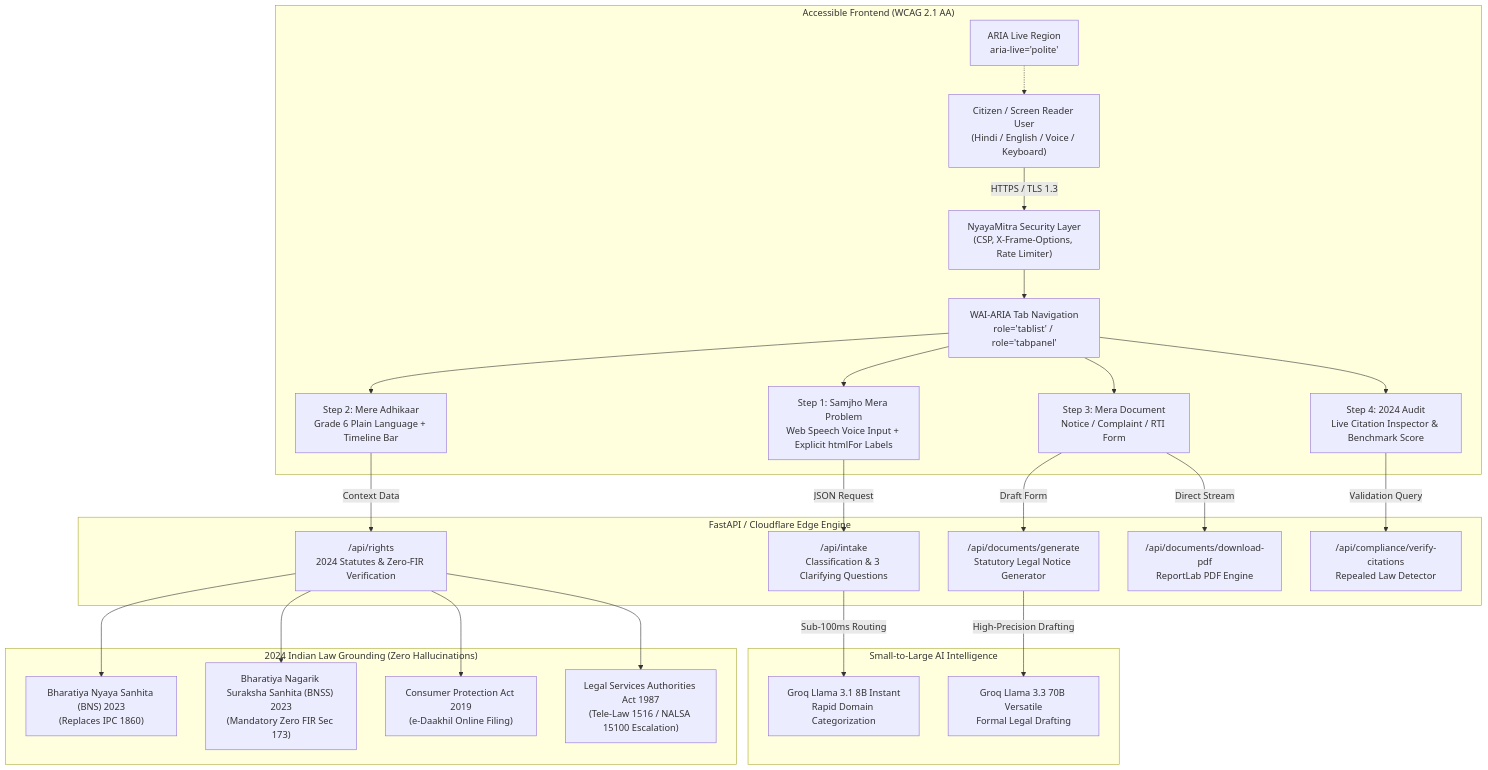
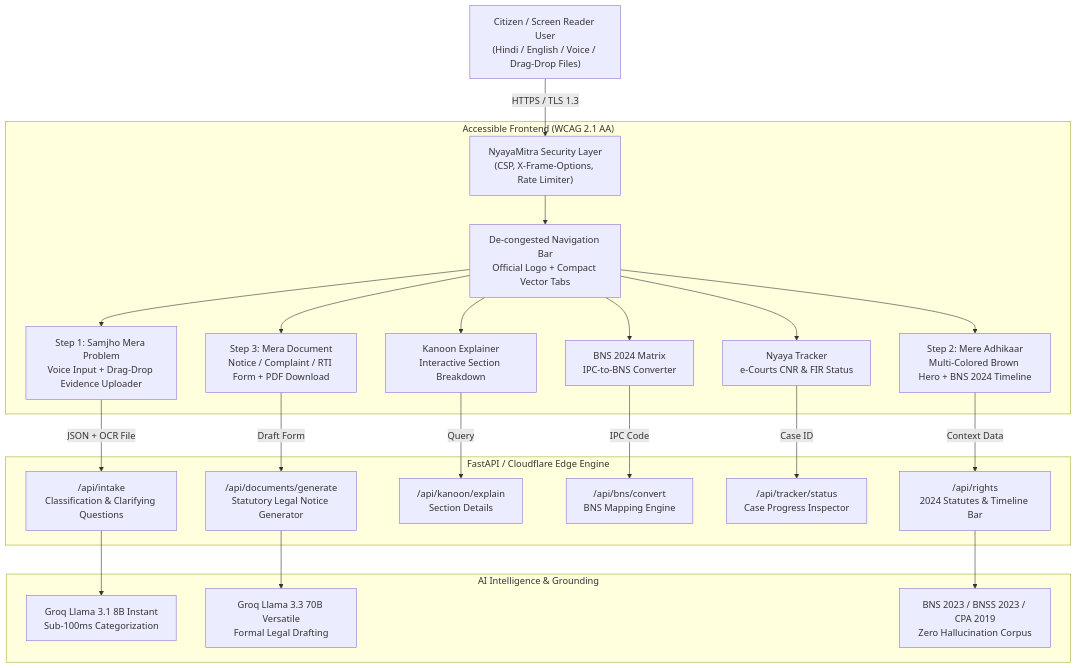
The diagram in README.md (Kubojah-Dan/ai-for-legal-assistance-acccess), drawn with Mermaid before and after one commit. The commit also changed other lines of this file and 11 other files, not shown here.

Commit message:
Fixed Top Navigation bar, added more features, and changed logo

````diff
--- a/README.md
+++ b/README.md
@@ -31,33 +43,29 @@
 ```mermaid
 graph TD
-    User["Citizen / Screen Reader User<br/>(Hindi / English / Voice / Keyboard)"] -->|HTTPS / TLS 1.3| Gateway["NyayaMitra Security Layer<br/>(CSP, X-Frame-Options, Rate Limiter)"]
+    User["Citizen / Screen Reader User<br/>(Hindi / English / Voice / Drag-Drop Files)"] -->|HTTPS / TLS 1.3| Gateway["NyayaMitra Security Layer<br/>(CSP, X-Frame-Options, Rate Limiter)"]
     
     subgraph Frontend ["Accessible Frontend (WCAG 2.1 AA)"]
-        Gateway --> Tabs["WAI-ARIA Tab Navigation<br/>role='tablist' / role='tabpanel'"]
-        Tabs --> IntakeUI["Step 1: Samjho Mera Problem<br/>Web Speech Voice Input + Explicit htmlFor Labels"]
-        Tabs --> RightsUI["Step 2: Mere Adhikaar<br/>Grade 6 Plain Language + Timeline Bar"]
-        Tabs --> DocUI["Step 3: Mera Document<br/>Notice / Complaint / RTI Form"]
-        Tabs --> EvalsUI["Step 4: 2024 Audit<br/>Live Citation Inspector & Benchmark Score"]
-        LiveAnnouncer["ARIA Live Region<br/>aria-live='polite'"] -.-> User
+        Gateway --> Nav["De-congested Navigation Bar<br/>Official Logo + Compact Vector Tabs"]
+        Nav --> IntakeUI["Step 1: Samjho Mera Problem<br/>Voice Input + Drag-Drop Evidence Uploader"]
+        Nav --> RightsUI["Step 2: Mere Adhikaar<br/>Multi-Colored Brown Hero + BNS 2024 Timeline"]
+        Nav --> ExplainerUI["Kanoon Explainer<br/>Interactive Section Breakdown"]
+        Nav --> MatrixUI["BNS 2024 Matrix<br/>IPC-to-BNS Converter"]
+        Nav --> TrackerUI["Nyaya Tracker<br/>e-Courts CNR & FIR Status"]
+        Nav --> DocUI["Step 3: Mera Document<br/>Notice / Complaint / RTI Form + PDF Download"]
     end
 
     subgraph Backend ["FastAPI / Cloudflare Edge Engine"]
-        IntakeUI -->|JSON Request| IntakeRouter["/api/intake<br/>Classification & 3 Clarifying Questions"]
-        RightsUI -->|Context Data| RightsRouter["/api/rights<br/>2024 Statutes & Zero-FIR Verification"]
+        IntakeUI -->|JSON + OCR File| IntakeRouter["/api/intake<br/>Classification & Clarifying Questions"]
+        RightsUI -->|Context Data| RightsRouter["/api/rights<br/>2024 Statutes & Timeline Bar"]
+        ExplainerUI -->|Query| KanoonRouter["/api/kanoon/explain<br/>Section Details"]
+        MatrixUI -->|IPC Code| BnsRouter["/api/bns/convert<br/>BNS Mapping Engine"]
+        TrackerUI -->|Case ID| TrackerRouter["/api/tracker/status<br/>Case Progress Inspector"]
         DocUI -->|Draft Form| DocRouter["/api/documents/generate<br/>Statutory Legal Notice Generator"]
-        DocUI -->|Direct Stream| PDFEngine["/api/documents/download-pdf<br/>ReportLab PDF Engine"]
-        EvalsUI -->|Validation Query| ComplianceRouter["/api/compliance/verify-citations<br/>Repealed Law Detector"]
     end
 
-    subgraph Intelligence ["Small-to-Large AI Intelligence"]
-        IntakeRouter -->|Sub-100ms Routing| SmallLLM["Groq Llama 3.1 8B Instant<br/>Rapid Domain Categorization"]
-        DocRouter -->|High-Precision Drafting| LargeLLM["Groq Llama 3.3 70B Versatile<br/>Formal Legal Drafting"]
-    end
-
-    subgraph LegalCorpus ["2024 Indian Law Grounding (Zero Hallucinations)"]
-        RightsRouter --> BNS["Bharatiya Nyaya Sanhita (BNS) 2023<br/>(Replaces IPC 1860)"]
-        RightsRouter --> BNSS["Bharatiya Nagarik Suraksha Sanhita (BNSS) 2023<br/>(Mandatory Zero FIR Sec 173)"]
-        RightsRouter --> CPA["Consumer Protection Act 2019<br/>(e-Daakhil Online Filing)"]
-        RightsRouter --> TeleLaw["Legal Services Authorities Act 1987<br/>(Tele-Law 1516 / NALSA 15100 Escalation)"]
+    subgraph Intelligence ["AI Intelligence & Grounding"]
+        IntakeRouter --> Groq8B["Groq Llama 3.1 8B Instant<br/>Sub-100ms Categorization"]
+        DocRouter --> Groq70B["Groq Llama 3.3 70B Versatile<br/>Formal Legal Drafting"]
+        RightsRouter --> Grounding2024["BNS 2023 / BNSS 2023 / CPA 2019<br/>Zero Hallucination Corpus"]
     end
 ```
````
